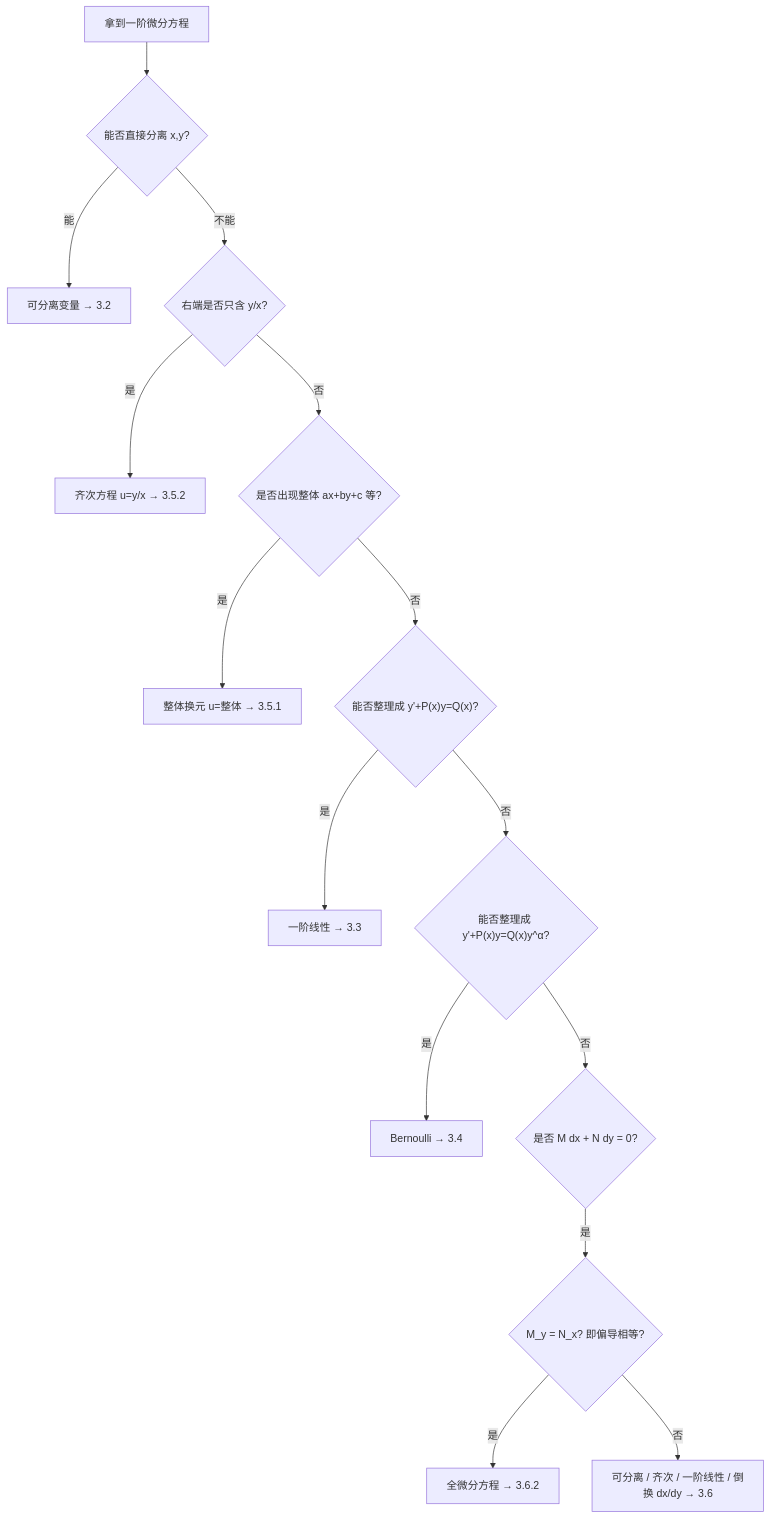
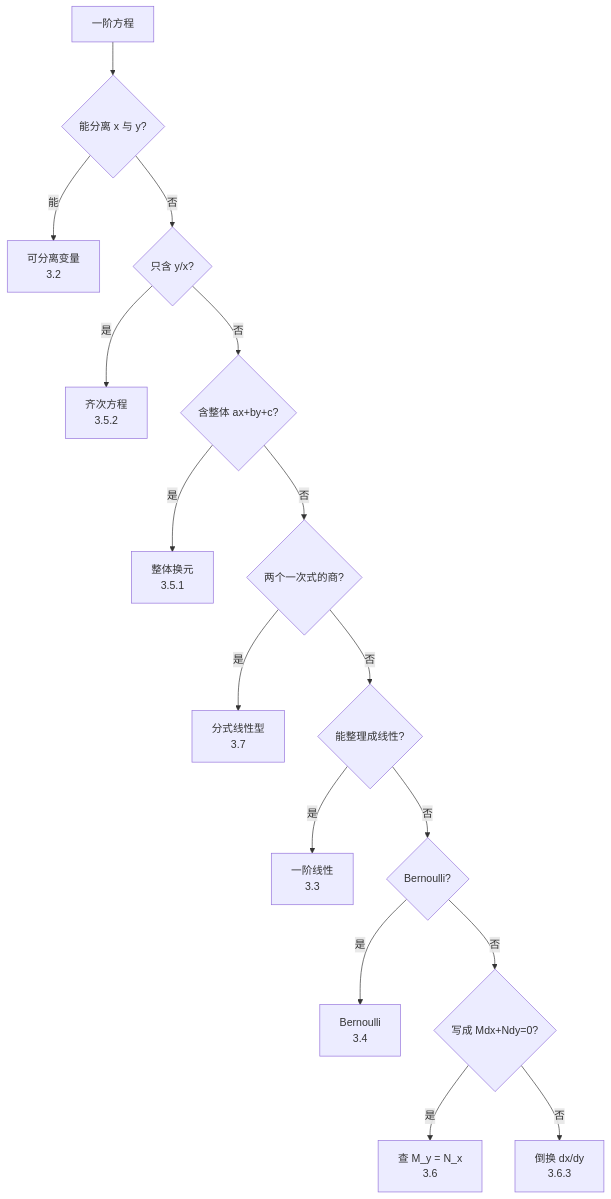
The second of 3 diagrams in 04_数学大观/高数大观/微分方程/微分方程大观.md (priceHE2002/Obsidian), drawn with Mermaid before and after one commit. The commit also changed other lines of this file and 4 other files, not shown here.

````diff
--- a/04_数学大观/高数大观/微分方程/微分方程大观.md
+++ b/04_数学大观/高数大观/微分方程/微分方程大观.md
@@ -252,17 +261,19 @@
 ```mermaid
+%%{init: {"fontFamily": "Quiet Sans, sans-serif", "themeVariables": {"fontFamily": "Quiet Sans, sans-serif"}}}%%
 flowchart TD
-    A[拿到一阶微分方程] --> B{能否直接分离 x,y?}
-    B -- 能 --> B1[可分离变量 → 3.2]
-    B -- 不能 --> C{右端是否只含 y/x?}
-    C -- 是 --> C1[齐次方程 u=y/x → 3.5.2]
-    C -- 否 --> D{是否出现整体 ax+by+c 等?}
-    D -- 是 --> D1[整体换元 u=整体 → 3.5.1]
-    D -- 否 --> E{"能否整理成 y'+P(x)y=Q(x)?"}
-    E -- 是 --> E1[一阶线性 → 3.3]
-    E -- 否 --> F{"能否整理成 y'+P(x)y=Q(x)y^α?"}
-    F -- 是 --> F1[Bernoulli → 3.4]
-    F -- 否 --> G{是否 M dx + N dy = 0?}
-    G -- 是 --> H{M_y = N_x? 即偏导相等?}
-    H -- 是 --> H1[全微分方程 → 3.6.2]
-    H -- 否 --> H2[可分离 / 齐次 / 一阶线性 / 倒换 dx/dy → 3.6]
+    A[一阶方程] --> B{能分离 x 与 y?}
+    B -- 能 --> B1[可分离变量<br/>3.2]
+    B -- 否 --> C{只含 y/x?}
+    C -- 是 --> C1[齐次方程<br/>3.5.2]
+    C -- 否 --> D{含整体 ax+by+c?}
+    D -- 是 --> D1[整体换元<br/>3.5.1]
+    D -- 否 --> E{两个一次式的商?}
+    E -- 是 --> E1[分式线性型<br/>3.7]
+    E -- 否 --> F{能整理成线性?}
+    F -- 是 --> F1[一阶线性<br/>3.3]
+    F -- 否 --> G{Bernoulli?}
+    G -- 是 --> G1[Bernoulli<br/>3.4]
+    G -- 否 --> H{写成 Mdx+Ndy=0?}
+    H -- 是 --> H1[查 M_y = N_x<br/>3.6]
+    H -- 否 --> H2[倒换 dx/dy<br/>3.6.3]
 ```
````
